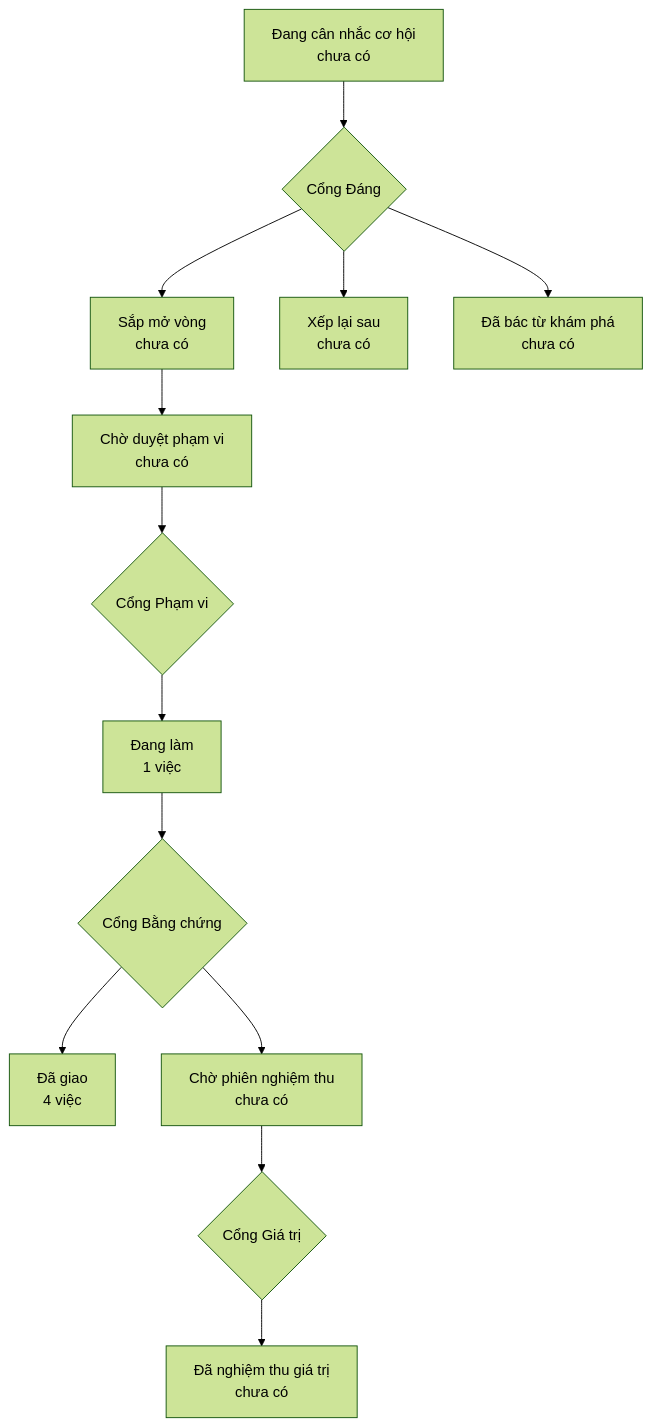
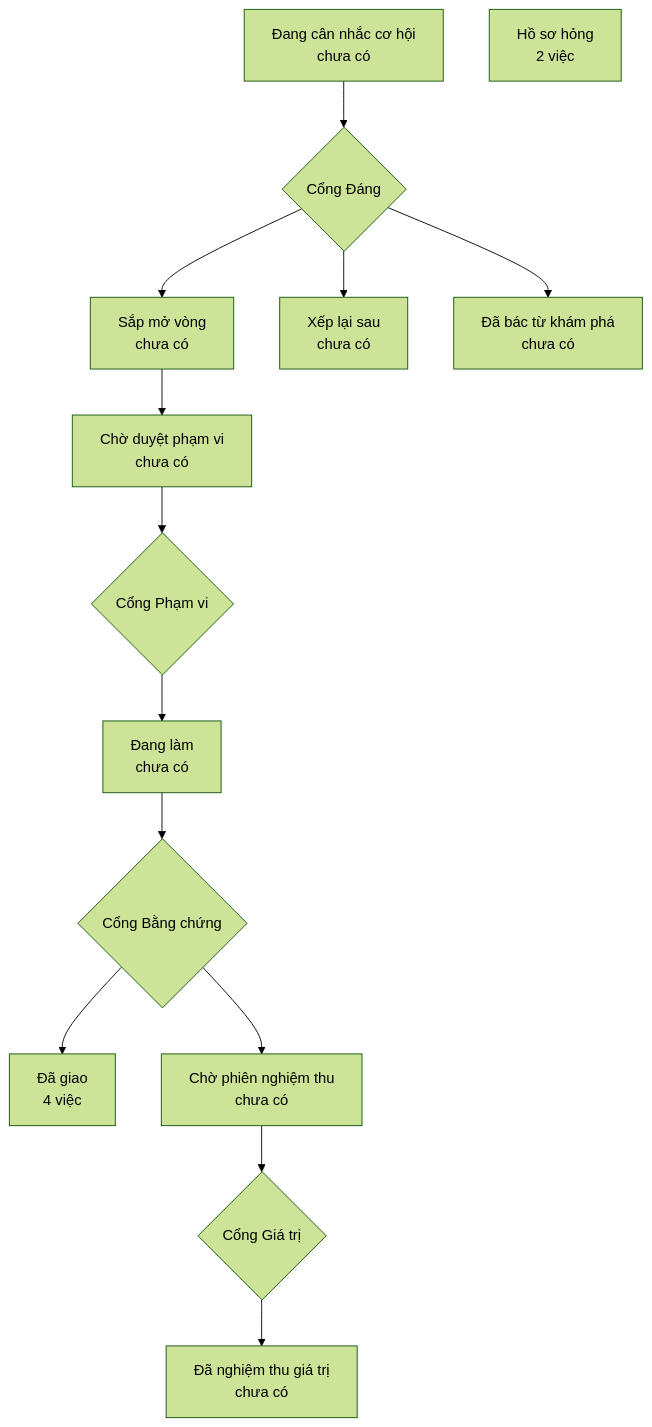
Before and after one commit to phanlemanh/crm-onehub: the diagram in PRODUCT-MAP.md, drawn with Mermaid (forest theme). The commit also changed other lines of this file and 2 other files, not shown here.

````diff
--- a/PRODUCT-MAP.md
+++ b/PRODUCT-MAP.md
@@ -6,12 +6,13 @@
 ```mermaid
 flowchart TD
   A["Đang cân nhắc cơ hội<br/>chưa có"] --> GD{"Cổng Đáng"}
   GD --> B["Sắp mở vòng<br/>chưa có"]
   GD --> XL["Xếp lại sau<br/>chưa có"]
   GD --> DB["Đã bác từ khám phá<br/>chưa có"]
   B --> CD["Chờ duyệt phạm vi<br/>chưa có"] --> GP{"Cổng Phạm vi"}
-  GP --> DL["Đang làm<br/>1 việc"] --> GB{"Cổng Bằng chứng"}
+  GP --> DL["Đang làm<br/>chưa có"] --> GB{"Cổng Bằng chứng"}
   GB --> DG["Đã giao<br/>4 việc"]
   GB --> CN["Chờ phiên nghiệm thu<br/>chưa có"] --> GG{"Cổng Giá trị"}
   GG --> NT["Đã nghiệm thu giá trị<br/>chưa có"]
+  HS["Hồ sơ hỏng<br/>2 việc"]
 ```
````
